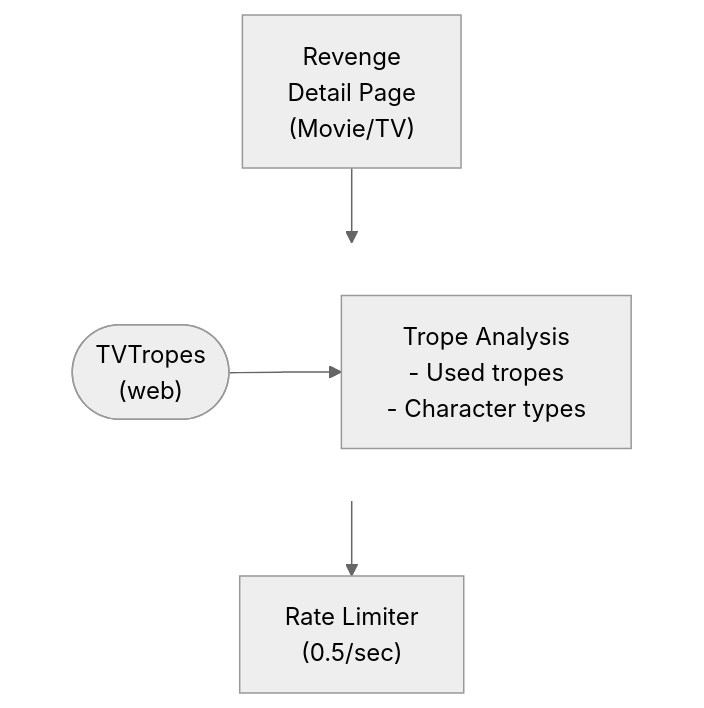
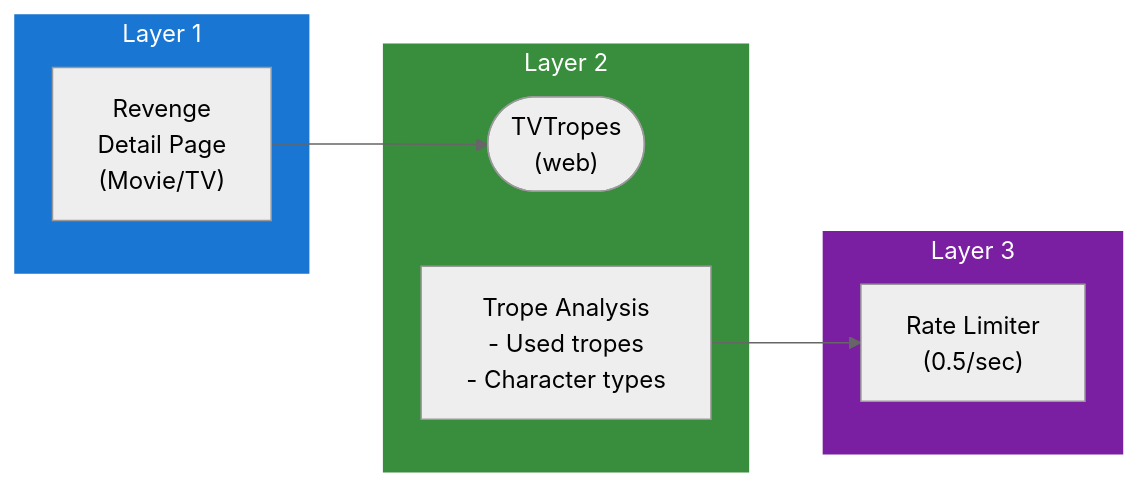
The diagram in docs/dev/design/integrations/wiki/TVTROPES.md (lusoris/revenge), drawn with Mermaid (neutral theme) before and after one commit. The commit also changed 215 other files, not shown here.

First line of the commit message:
feat(diagrams): convert all ASCII diagrams to Mermaid with LR subgraphs

````diff
--- a/docs/dev/design/integrations/wiki/TVTROPES.md
+++ b/docs/dev/design/integrations/wiki/TVTROPES.md
@@ -57,16 +57,24 @@
 ```mermaid
-flowchart TD
-    node1["Revenge<br/>Detail Page<br/>(Movie/TV)"]
-    subgraph row1[ ]
-        direction LR
+flowchart LR
+    subgraph Layer1["Layer 1"]
+        node1["Revenge<br/>Detail Page<br/>(Movie/TV)"]
+    end
+
+    subgraph Layer2["Layer 2"]
         node2(["TVTropes<br/>(web)"])
         node3["Trope Analysis<br/>- Used tropes<br/>- Character types"]
     end
-    node4["Rate Limiter<br/>(0.5/sec)"]
-    node2 --> node3
+
+    subgraph Layer3["Layer 3"]
+        node4["Rate Limiter<br/>(0.5/sec)"]
+    end
+
+    %% Connections
     node1 --> node2
     node3 --> node4
 
-    %% Hide row subgraph borders
-    style row1 fill:transparent,stroke:transparent
+    %% Styling
+    style Layer1 fill:#1976D2,stroke:#1976D2,color:#fff
+    style Layer2 fill:#388E3C,stroke:#388E3C,color:#fff
+    style Layer3 fill:#7B1FA2,stroke:#7B1FA2,color:#fff
 ```
````
